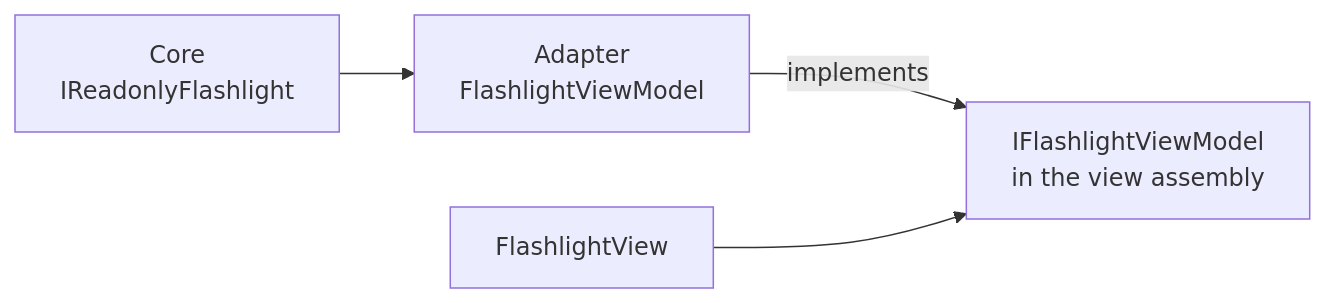
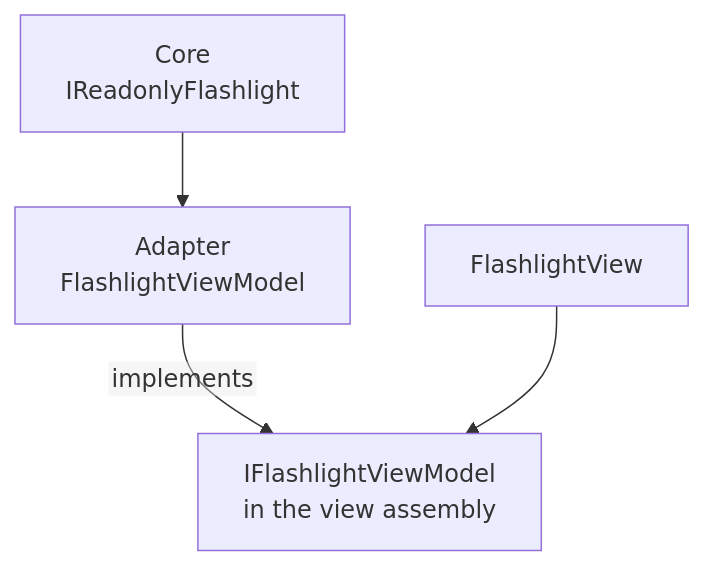
One commit to pndte/match-please changed the first of 8 diagrams in README.md. Above: the diagram before and after it, drawn with Mermaid. The commit also changed other lines of this file, not shown here.

````diff
--- a/README.md
+++ b/README.md
@@ -239,6 +239,11 @@
 ```mermaid
-flowchart LR
+---
+config:
+  flowchart:
+    htmlLabels: false
+---
+flowchart TB
     Core["Core<br/>IReadonlyFlashlight"] --> Adapter["Adapter<br/>FlashlightViewModel"]
     Adapter -->|implements| VM["IFlashlightViewModel<br/>in the view assembly"]
     View["FlashlightView"] --> VM
 ```
````
